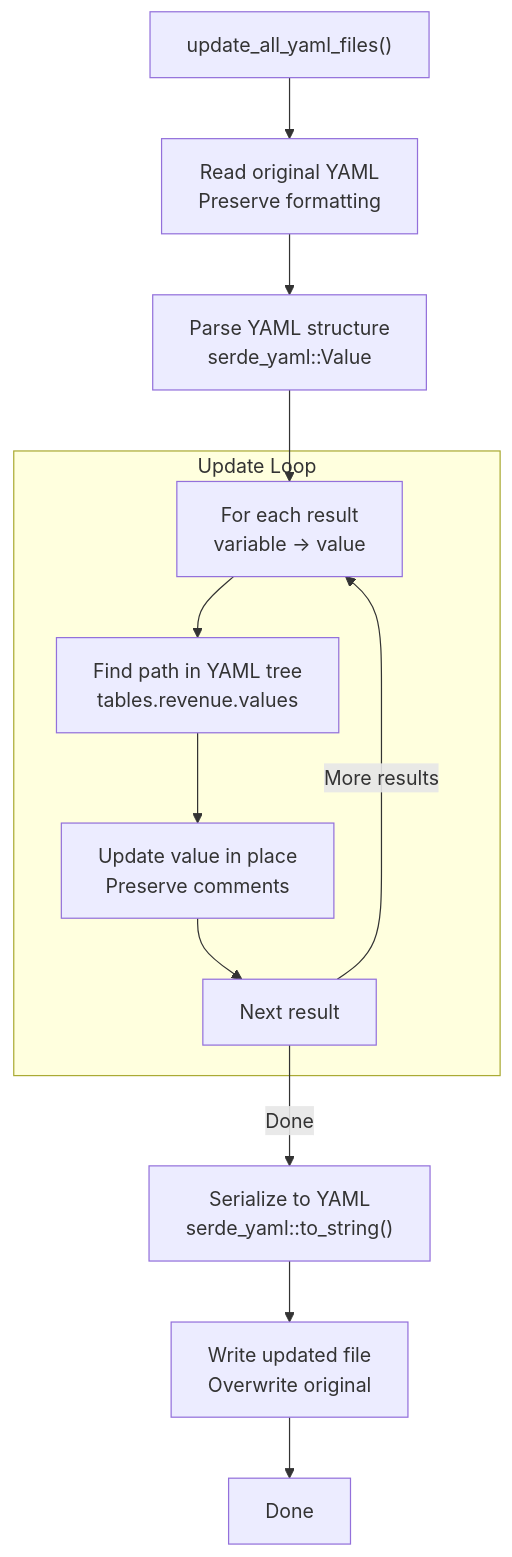
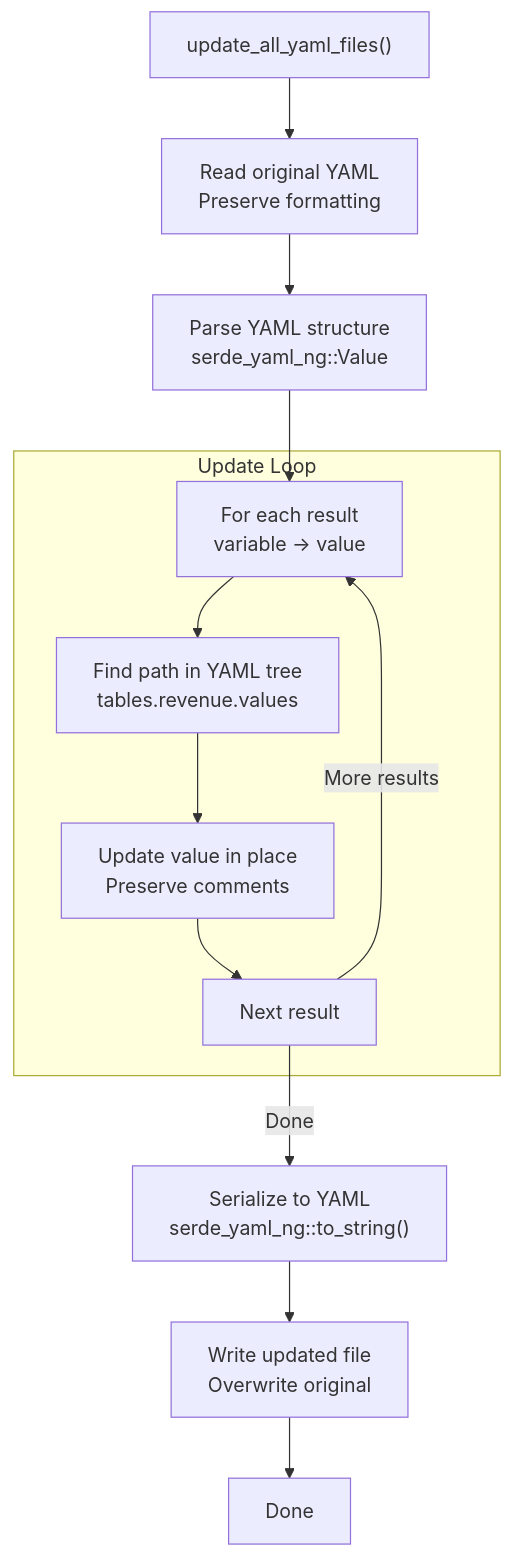
One commit to mollendorff-ai/forge changed the seventh of 12 diagrams in docs/architecture/01-COMPONENT-ARCHITECTURE.md. Above: the diagram before and after it, drawn with Mermaid. The commit also changed other lines of this file and 13 other files, not shown here.

First line of the commit message:
deps: migrate serde_yaml (deprecated) to serde_yaml_ng

````diff
--- a/docs/architecture/01-COMPONENT-ARCHITECTURE.md
+++ b/docs/architecture/01-COMPONENT-ARCHITECTURE.md
@@ -734,28 +734,28 @@
 ```mermaid
 graph TB
     Start["update_all_yaml_files()"]
     ReadOriginal["Read original YAML<br/>Preserve formatting"]
-    ParseStructure["Parse YAML structure<br/>serde_yaml::Value"]
+    ParseStructure["Parse YAML structure<br/>serde_yaml_ng::Value"]
 
     subgraph "Update Loop"
         GetResult["For each result<br/>variable → value"]
         FindPath["Find path in YAML tree<br/>tables.revenue.values"]
         UpdateValue["Update value in place<br/>Preserve comments"]
         NextResult["Next result"]
     end
 
-    Serialize["Serialize to YAML<br/>serde_yaml::to_string()"]
+    Serialize["Serialize to YAML<br/>serde_yaml_ng::to_string()"]
     WriteFile["Write updated file<br/>Overwrite original"]
     Done["Done"]
 
     Start --> ReadOriginal
     ReadOriginal --> ParseStructure
     ParseStructure --> GetResult
     GetResult --> FindPath
     FindPath --> UpdateValue
     UpdateValue --> NextResult
     NextResult -->|More results| GetResult
     NextResult -->|Done| Serialize
     Serialize --> WriteFile
     WriteFile --> Done
 ```
````
